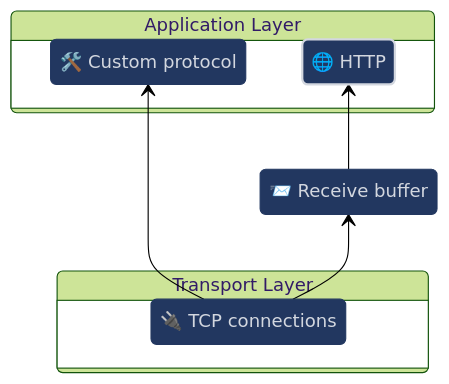
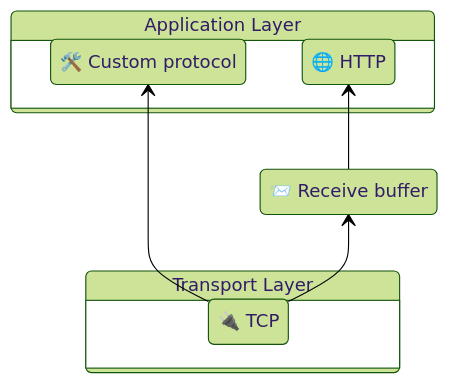
Before and after one commit to L0bstr/clawnet: the diagram in README.md, drawn with Mermaid (forest theme). The commit also changed other lines of this file and 6 other files, not shown here.

````diff
--- a/README.md
+++ b/README.md
@@ -21,30 +21,22 @@
 ```mermaid
 stateDiagram-v2
     direction BT
 
-    state "🔌 TCP connections" as tcp
+    state "🔌 TCP" as tcp
     state "📨 Receive buffer" as recv_buffer
     state "🛠️ Custom protocol" as custom_prot
     state "🌐 HTTP" as http
 
     state "Application Layer" as application_layer {
         custom_prot
         http
     }
 
     state "Transport Layer" as transport_layer {
         tcp
     }
 
     tcp --> custom_prot
     tcp --> recv_buffer
     recv_buffer --> http
-
-    classDef current fill:#223760, stroke:#D3D7DF, color:#D3D7DF, stroke-width:2px
-    classDef normal fill:#223760, stroke:#223760, color:#D3D7DF
-
-    class tcp normal
-    class recv_buffer normal
-    class custom_prot normal
-    class http current
 ```
````
